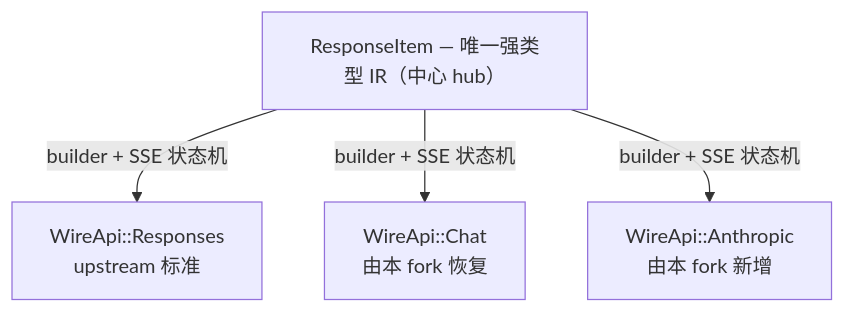
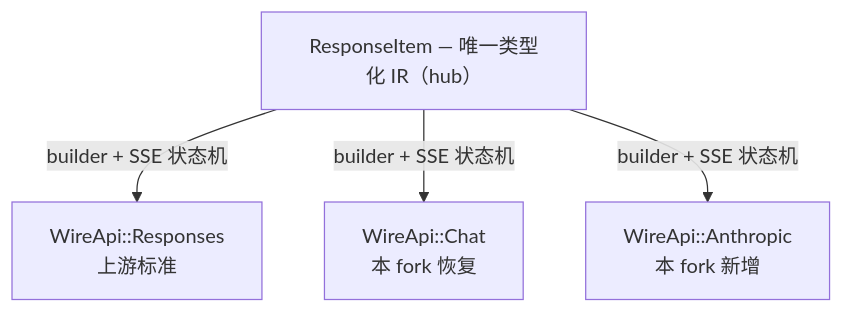
One commit to Xxx91n/codex changed the diagram in README-ZH.md. Above: the diagram before and after it, drawn with Mermaid. The commit also changed other lines of this file and 4 other files, not shown here.

````diff
--- a/README-ZH.md
+++ b/README-ZH.md
@@ -119,10 +119,10 @@
 ```mermaid
 graph TD
-    IR["ResponseItem — 唯一强类型 IR（中心 hub）"]
-    R["WireApi::Responses<br/>upstream 标准"]
-    C["WireApi::Chat<br/>由本 fork 恢复"]
-    A["WireApi::Anthropic<br/>由本 fork 新增"]
+    IR["ResponseItem — 唯一类型化 IR（hub）"]
+    R["WireApi::Responses<br/>上游标准"]
+    C["WireApi::Chat<br/>本 fork 恢复"]
+    A["WireApi::Anthropic<br/>本 fork 新增"]
     IR -->|"builder + SSE 状态机"| R
     IR -->|"builder + SSE 状态机"| C
     IR -->|"builder + SSE 状态机"| A
 ```
````
